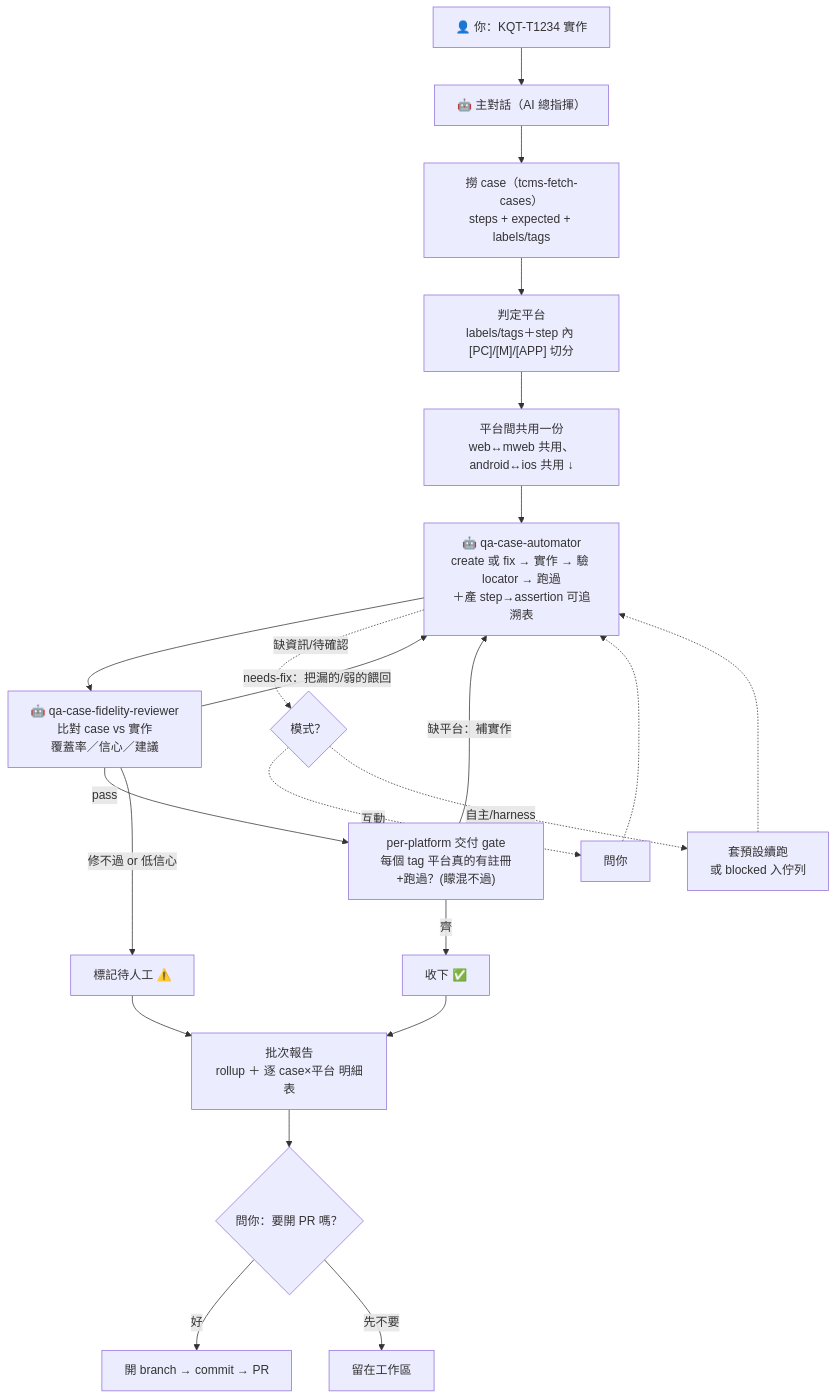
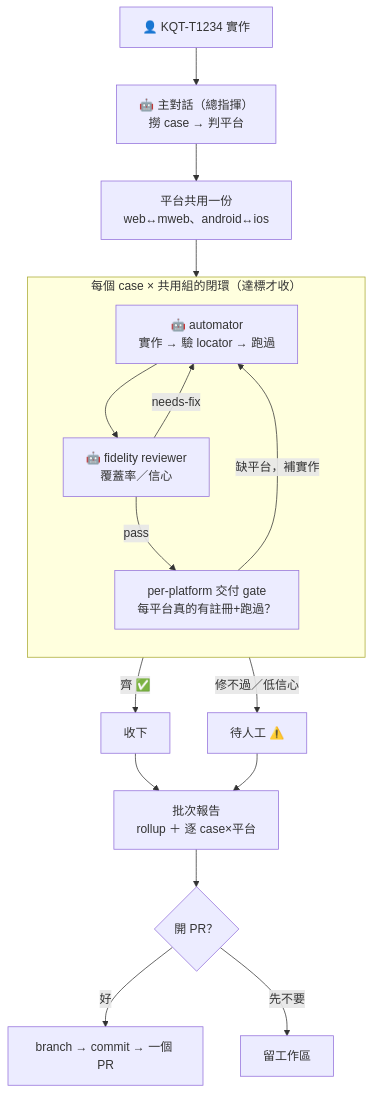
One commit to kkday-it/kkday-qa-skills changed the diagram in docs/how-to-automate-tcms-cases.md. Above: the diagram before and after it, drawn with Mermaid.

Commit message:
docs(how-to): 流程圖重畫,消除交叉線
- 主流程走一直線(你→主對話→判平台→閉環→收下→報告→開 PR)
- 閉環(automator→reviewer→per-platform gate,含 needs-fix/缺平台回邊)框進 subgraph,不散開交叉
- 『模式/待確認』旁支虛線移到圖下一句文字,不畫進主流程

````diff
--- a/docs/how-to-automate-tcms-cases.md
+++ b/docs/how-to-automate-tcms-cases.md
@@ -42,25 +42,25 @@
 ```mermaid
 flowchart TD
-    A["👤 你：KQT-T1234 實作"] --> B["🤖 主對話（AI 總指揮）"]
-    B --> C["撈 case（tcms-fetch-cases）<br/>steps + expected + labels/tags"]
-    C --> P["判定平台<br/>labels/tags＋step 內 [PC]/[M]/[APP] 切分"]
-    P --> D["平台間共用一份<br/>web↔mweb 共用、android↔ios 共用 ↓"]
+    A["👤 KQT-T1234 實作"] --> B["🤖 主對話（總指揮）<br/>撈 case → 判平台"]
+    B --> P["平台共用一份<br/>web↔mweb、android↔ios"]
+    P --> E
 
-    D --> E["🤖 qa-case-automator<br/>create 或 fix → 實作 → 驗 locator → 跑過<br/>＋產 step→assertion 可追溯表"]
-    E --> F["🤖 qa-case-fidelity-reviewer<br/>比對 case vs 實作<br/>覆蓋率／信心／建議"]
-    F -->|"needs-fix：把漏的/弱的餵回"| E
-    F -->|"pass"| GATE["per-platform 交付 gate<br/>每個 tag 平台真的有註冊+跑過？(矇混不過)"]
-    GATE -->|"齊"| G["收下 ✅"]
-    GATE -->|"缺平台：補實作"| E
-    F -->|"修不過 or 低信心"| H["標記待人工 ⚠️"]
+    subgraph LOOP["每個 case × 共用組的閉環（達標才收）"]
+        direction TB
+        E["🤖 automator<br/>實作 → 驗 locator → 跑過"]
+        F["🤖 fidelity reviewer<br/>覆蓋率／信心"]
+        GATE["per-platform 交付 gate<br/>每平台真的有註冊+跑過？"]
+        E --> F
+        F -->|"needs-fix"| E
+        F -->|"pass"| GATE
+        GATE -->|"缺平台，補實作"| E
+    end
 
-    E -.->|"缺資訊/待確認"| M{"模式？"}
-    M -.->|"互動"| Q["問你"] -.-> E
-    M -.->|"自主/harness"| N["套預設續跑<br/>或 blocked 入佇列"] -.-> E
-
-    G --> R["批次報告<br/>rollup ＋ 逐 case×平台 明細表"]
+    GATE -->|"齊 ✅"| G["收下"]
+    F -->|"修不過／低信心"| H["待人工 ⚠️"]
+    G --> R["批次報告<br/>rollup ＋ 逐 case×平台"]
     H --> R
-    R --> S{"問你：要開 PR 嗎？"}
-    S -->|"好"| T["開 branch → commit → PR"]
-    S -->|"先不要"| L["留在工作區"]
+    R --> S{"開 PR？"}
+    S -->|"好"| T["branch → commit → 一個 PR"]
+    S -->|"先不要"| L["留工作區"]
 ```
````
